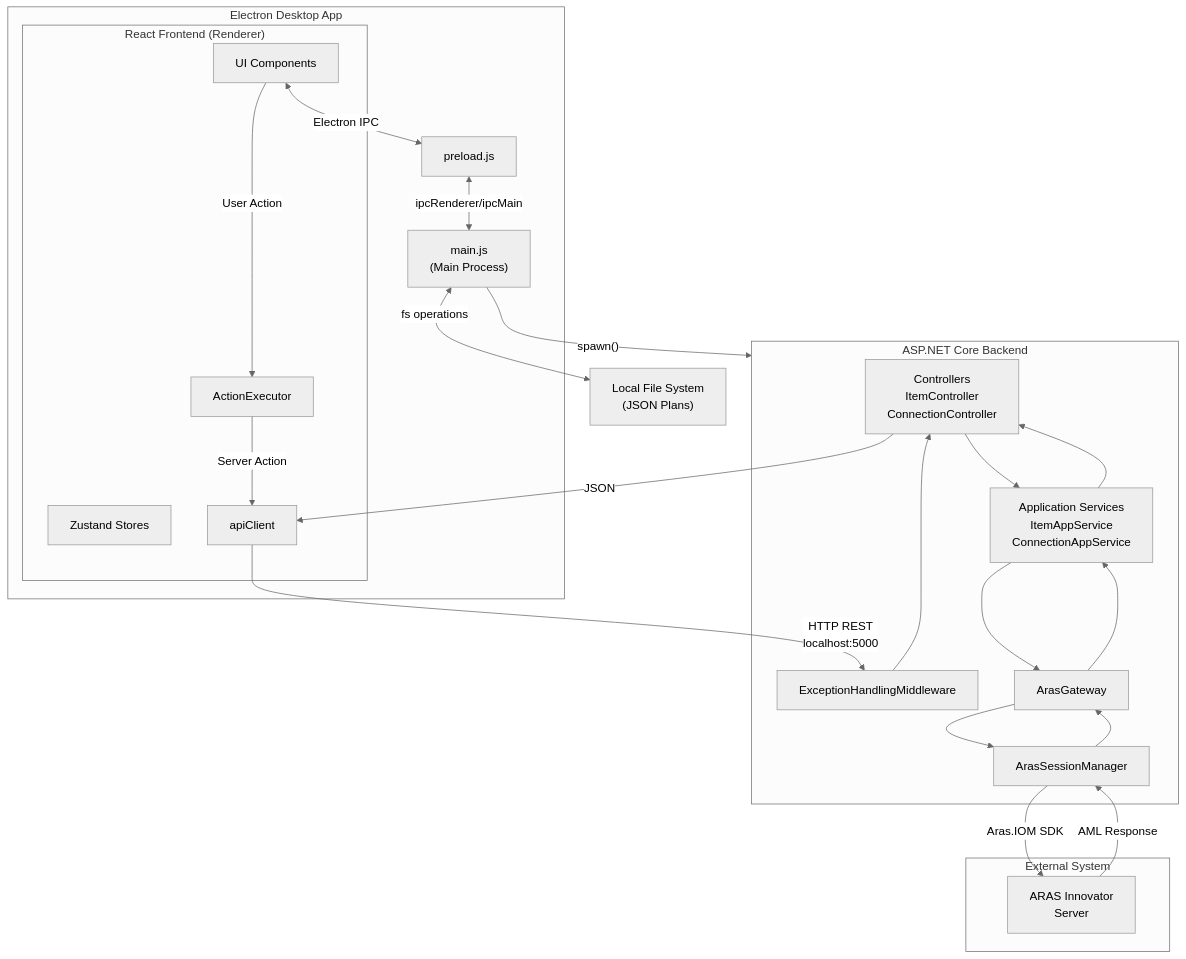
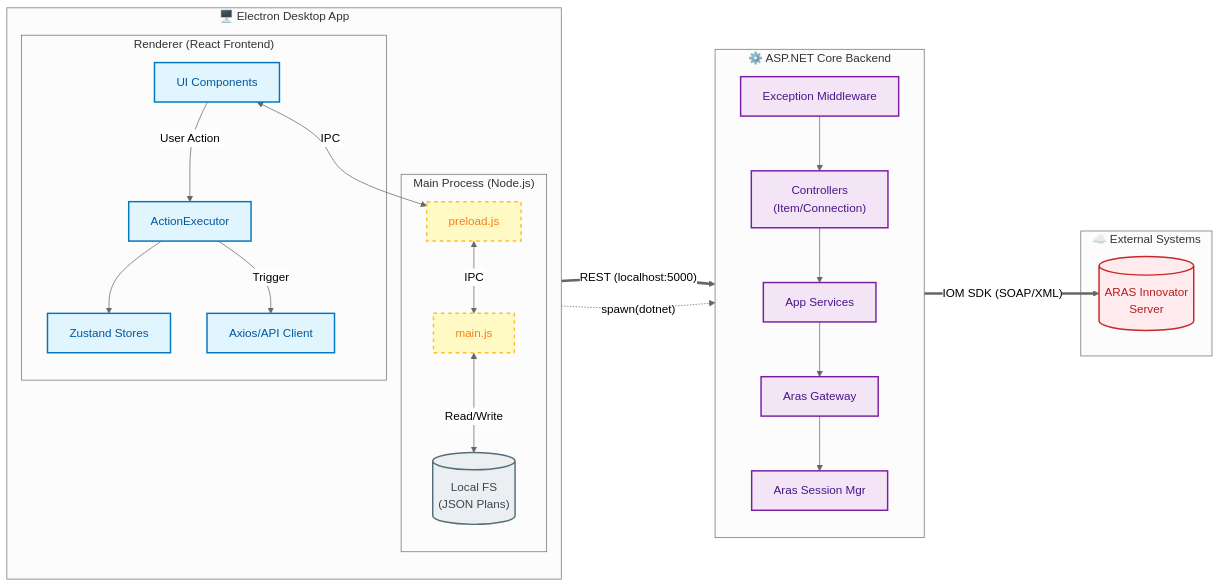
Before and after one commit to ashwin-2504/ARASTester: the diagram in documentation/02_ARCHITECTURE.md, drawn with Mermaid (neutral theme). The commit also changed other lines of this file, not shown here.

Commit message:
feat: Add initial architecture documentation including system diagram, data flow, and observable relationships.

````diff
--- a/documentation/02_ARCHITECTURE.md
+++ b/documentation/02_ARCHITECTURE.md
@@ -15,51 +16,61 @@
 ```mermaid
-flowchart TB
-    subgraph Desktop["Electron Desktop App"]
-        Main["main.js<br/>(Main Process)"]
-        Preload["preload.js"]
-        
-        subgraph Renderer["React Frontend (Renderer)"]
-            UI["UI Components"]
-            Stores["Zustand Stores"]
-            Executor["ActionExecutor"]
-            API["apiClient"]
+flowchart LR
+    %% --- Styles ---
+    classDef react fill:#e1f5fe,stroke:#0277bd,stroke-width:2px,color:#01579b;
+    classDef electron fill:#fff9c4,stroke:#fbc02d,stroke-width:2px,stroke-dasharray: 5 5,color:#f57f17;
+    classDef dotnet fill:#f3e5f5,stroke:#7b1fa2,stroke-width:2px,color:#4a148c;
+    classDef external fill:#ffebee,stroke:#c62828,stroke-width:2px,color:#b71c1c;
+    classDef storage fill:#eceff1,stroke:#546e7a,stroke-width:2px,color:#37474f;
+
+    %% --- Desktop App ---
+    subgraph Desktop ["🖥️ Electron Desktop App"]
+        direction TB
+
+        subgraph MainProcess ["Main Process (Node.js)"]
+            Main["main.js"]:::electron
+            Preload["preload.js"]:::electron
+            FS[("Local FS<br/>(JSON Plans)")]:::storage
+        end
+
+        subgraph Renderer ["Renderer (React Frontend)"]
+            UI["UI Components"]:::react
+            Store["Zustand Stores"]:::react
+            Executor["ActionExecutor"]:::react
+            API["Axios/API Client"]:::react
         end
     end
-    
-    subgraph Backend["ASP.NET Core Backend"]
-        Controllers["Controllers<br/>ItemController<br/>ConnectionController"]
-        Middleware["ExceptionHandlingMiddleware"]
-        AppServices["Application Services<br/>ItemAppService<br/>ConnectionAppService"]
-        Gateway["ArasGateway"]
-        Session["ArasSessionManager"]
+
+    %% --- Backend App ---
+    subgraph Backend ["⚙️ ASP.NET Core Backend"]
+        direction TB
+        Middleware["Exception Middleware"]:::dotnet
+        Controllers["Controllers<br/>(Item/Connection)"]:::dotnet
+        Services["App Services"]:::dotnet
+        Gateway["Aras Gateway"]:::dotnet
+        Session["Aras Session Mgr"]:::dotnet
     end
-    
-    subgraph External["External System"]
-        ARAS["ARAS Innovator<br/>Server"]
+
+    %% --- External ---
+    subgraph External ["☁️ External Systems"]
+        ARAS[("ARAS Innovator<br/>Server")]:::external
     end
-    
-    %% Electron IPC
+
+    %% --- Relations: Electron Internals ---
     UI -->|"User Action"| Executor
-    Executor -->|"Server Action"| API
-    UI <-->|"Electron IPC"| Preload
-    Preload <-->|"ipcRenderer/ipcMain"| Main
-    Main -->|"spawn()"| Backend
-    
-    %% HTTP Flow
-    API -->|"HTTP REST<br/>localhost:5000"| Middleware
+    Executor --> Store
+    Executor -->|"Trigger"| API
+    UI <-->|"IPC"| Preload
+    Preload <-->|"IPC"| Main
+    Main <-->|"Read/Write"| FS
+
+    %% --- Relations: System Startup ---
+    Main -.->|"spawn(dotnet)"| Backend
+
+    %% --- Relations: HTTP Flow ---
+    API ==>|"REST (localhost:5000)"| Middleware
     Middleware --> Controllers
-    Controllers --> AppServices
-    AppServices --> Gateway
+    Controllers --> Services
+    Services --> Gateway
     Gateway --> Session
-    Session -->|"Aras.IOM SDK"| ARAS
-    
-    %% Responses
-    ARAS -->|"AML Response"| Session
-    Session --> Gateway
-    Gateway --> AppServices
-    AppServices --> Controllers
-    Controllers -->|"JSON"| API
-    
-    %% File I/O
-    Main <-->|"fs operations"| FS["Local File System<br/>(JSON Plans)"]
+    Session ==>|"IOM SDK (SOAP/XML)"| ARAS
 ```
````
